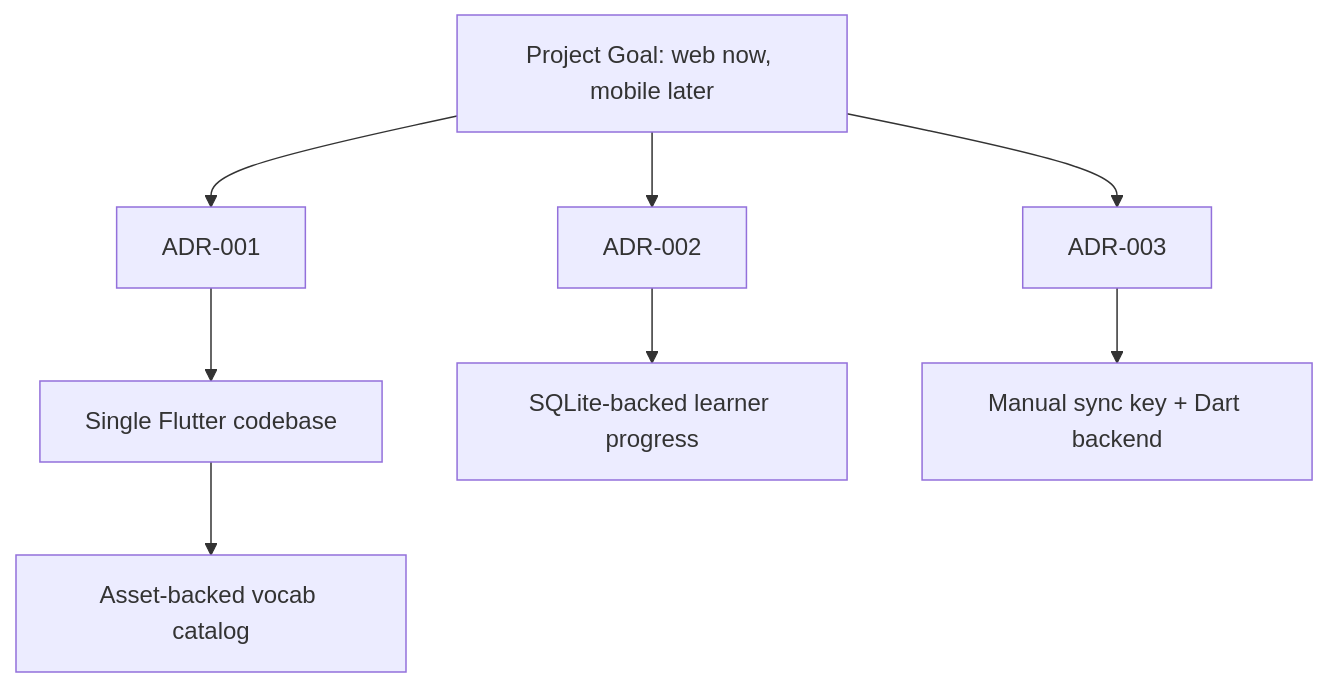
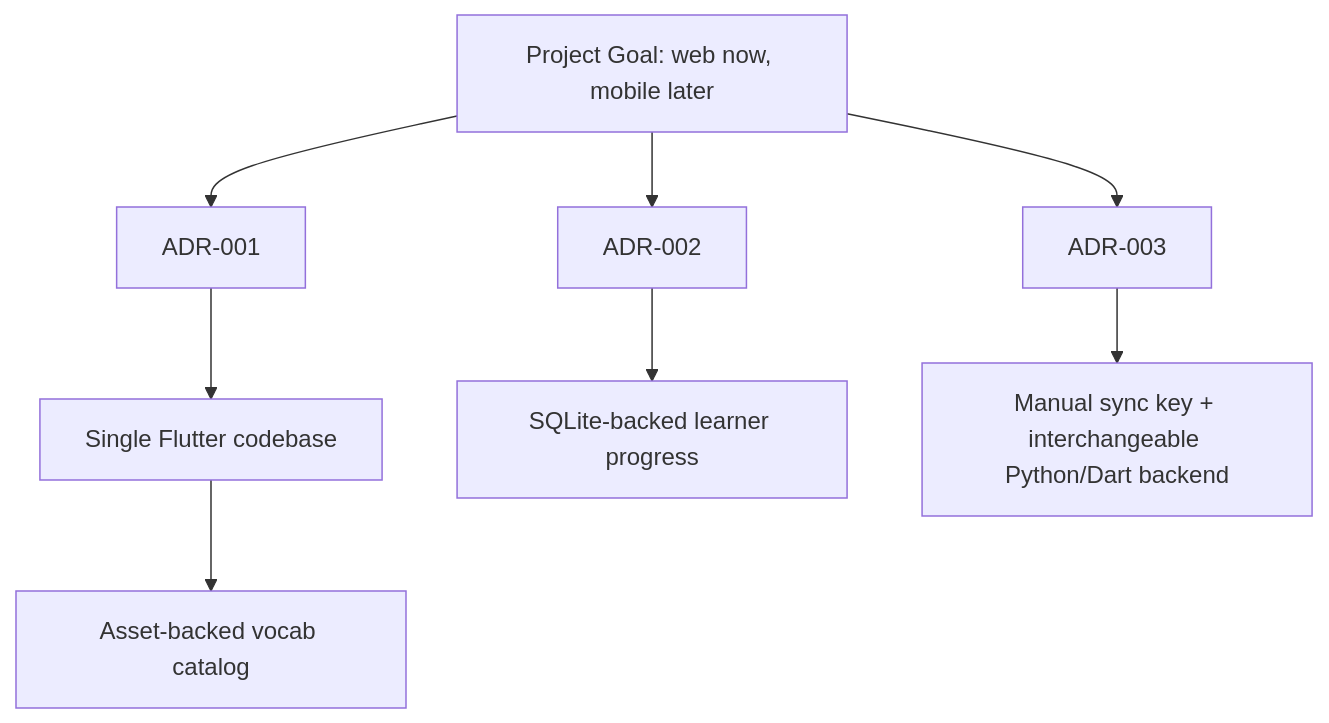
One commit to desertSniper87/vocab-hill changed the diagram in docs/2-architecture/decisions/README.md. Above: the diagram before and after it, drawn with Mermaid. The commit also changed other lines of this file and 18 other files, not shown here.

````diff
--- a/docs/2-architecture/decisions/README.md
+++ b/docs/2-architecture/decisions/README.md
@@ -13,10 +13,10 @@
 ```mermaid
 flowchart TD
     A["Project Goal: web now, mobile later"] --> B["ADR-001"]
     A --> E["ADR-002"]
     A --> G["ADR-003"]
     B --> C["Single Flutter codebase"]
     C --> D["Asset-backed vocab catalog"]
     E --> F["SQLite-backed learner progress"]
-    G --> H["Manual sync key + Dart backend"]
+    G --> H["Manual sync key + interchangeable Python/Dart backend"]
 ```
````
